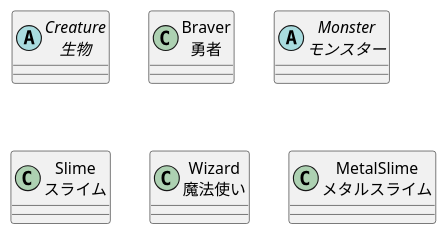
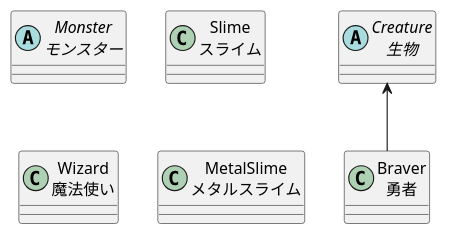
The diagram in classes.md (nishino-naoyuki/2021design), drawn with PlantUML before and after one commit.

````diff
--- a/classes.md
+++ b/classes.md
@@ -1,16 +1,18 @@
 ```UML
 @startuml
 abstract class "Creature\n生物" as creature{
 }
 class "Braver\n勇者" as braver{
 }
 abstract class "Monster\nモンスター" as monster{
 }
 class "Slime\nスライム" as slime{
 }
 class "Wizard\n魔法使い" as wizard{
 }
 class "MetalSlime\nメタルスライム" as metalSlime{
 }
+
+creature <-- braver
 @enduml
 ```
````
